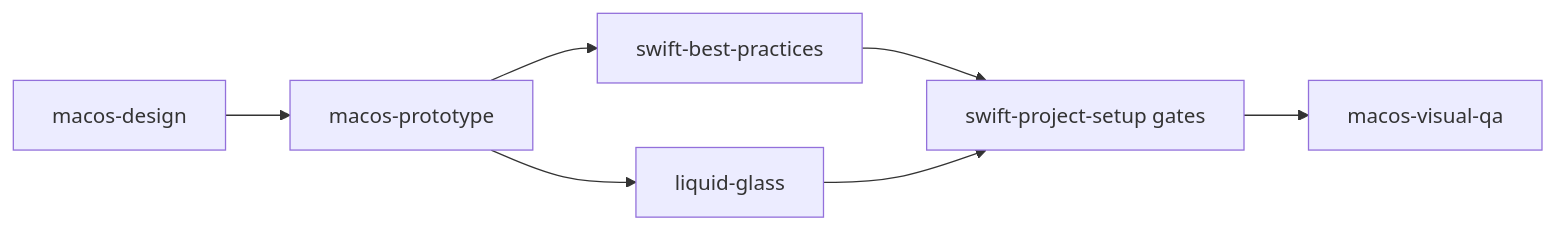
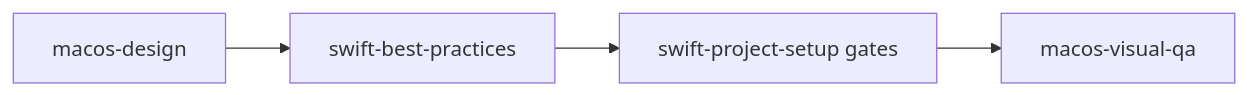
Before and after one commit to tailrocks/tailrocks-skills: the first of 2 diagrams in docs/content/docs/choosing.mdx, drawn with Mermaid. The commit also changed other lines of this file and 85 other files, not shown here.

````diff
--- a/docs/content/docs/choosing.mdx
+++ b/docs/content/docs/choosing.mdx
@@ -42,9 +42,6 @@
 ```mermaid
 flowchart LR
-  design["macos-design"] --> proto["macos-prototype"]
-  proto --> swift["swift-best-practices"]
-  proto --> glass["liquid-glass"]
+  design["macos-design"] --> swift["swift-best-practices"]
   swift --> gates["swift-project-setup gates"]
-  glass --> gates
   gates --> qa["macos-visual-qa"]
 ```
````
